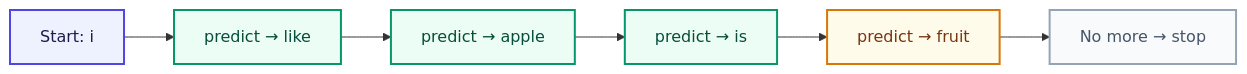
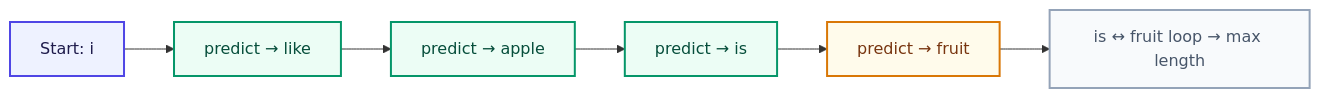
Before and after one commit to bhNibir/build-own-llm: the diagram in content/docs/part-02-bigram/04-generate.mdx, drawn with Mermaid. The commit also changed other lines of this file and 1 other file, not shown here.

````diff
--- a/content/docs/part-02-bigram/04-generate.mdx
+++ b/content/docs/part-02-bigram/04-generate.mdx
@@ -16,12 +16,12 @@
 ```mermaid
 flowchart LR
     start["Start: i"]:::input --> p1["predict → like"]:::process
     p1 --> p2["predict → apple"]:::process
     p2 --> p3["predict → is"]:::process
     p3 --> p4["predict → fruit"]:::output
-    p4 --> stop["No more → stop"]:::dim
+    p4 --> stop["is ↔ fruit loop → max length"]:::dim
     classDef input fill:#EEF2FF,color:#1E1B4B,stroke:#4F46E5,stroke-width:2px
     classDef process fill:#ECFDF5,color:#064E3B,stroke:#059669,stroke-width:2px
     classDef output fill:#FFFBEB,color:#78350F,stroke:#D97706,stroke-width:2px
     classDef dim fill:#F8FAFC,color:#475569,stroke:#94A3B8,stroke-width:2px
 ```
````
